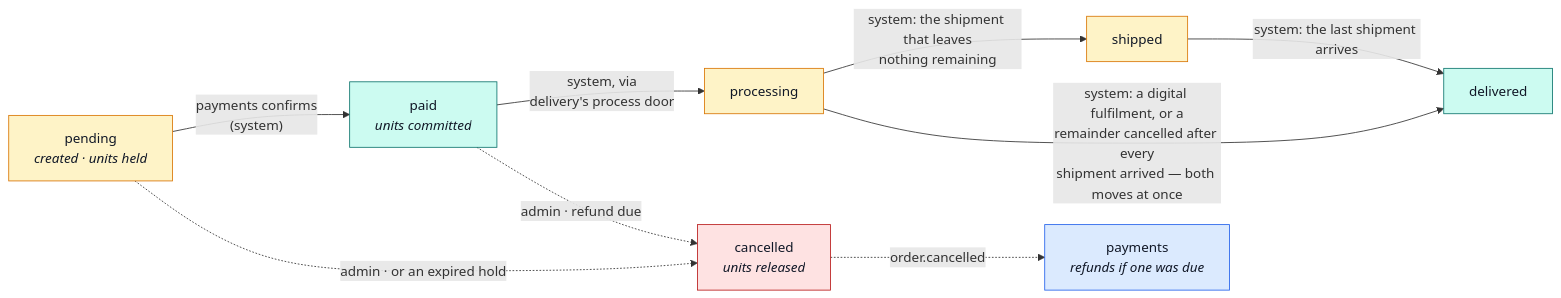
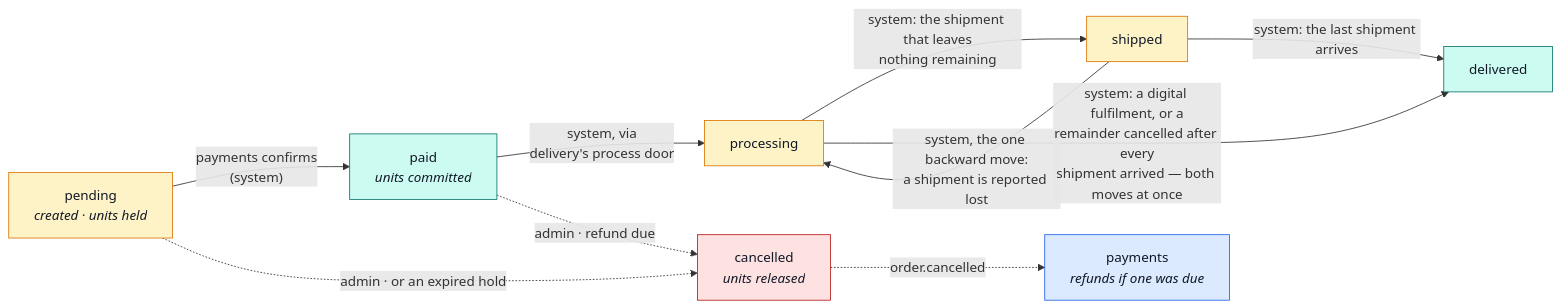
Before and after one commit to Guebbit/boilerplate-node-backend: the fourth of 9 diagrams in docs/modules/orders.md, drawn with Mermaid. The commit also changed other lines of this file and 78 other files, not shown here.

````diff
--- a/docs/modules/orders.md
+++ b/docs/modules/orders.md
@@ -281,21 +281,22 @@
 ```mermaid
 %%{init: {'flowchart': {'nodeSpacing': 30, 'rankSpacing': 55}}}%%
 flowchart LR
     P["pending<br/><i>created · units held</i>"] -->|"payments confirms<br/>(system)"| PA["paid<br/><i>units committed</i>"]
     PA -->|"system, via<br/>delivery's process door"| PR["processing"]
     PR -->|"system: the shipment that leaves<br/>nothing remaining"| SH["shipped"]
     SH -->|"system: the last shipment arrives"| DE["delivered"]
+    SH -->|"system, the one backward move:<br/>a shipment is reported lost"| PR
     PR -->|"system: a digital fulfilment, or a<br/>remainder cancelled after every<br/>shipment arrived — both moves at once"| DE
     P -.->|"admin · or an expired hold"| CA["cancelled<br/><i>units released</i>"]
     PA -.->|"admin · refund due"| CA
     CA -. "order.cancelled" .-> PM["payments<br/><i>refunds if one was due</i>"]
 
     classDef open fill:#fef3c7,stroke:#d97706,color:#111827;
     classDef done fill:#ccfbf1,stroke:#0f766e,color:#111827;
     classDef bad fill:#fee2e2,stroke:#b91c1c,color:#111827;
     classDef peer fill:#dbeafe,stroke:#2563eb,color:#111827;
     class P,PR,SH open;
     class PA,DE done;
     class CA bad;
     class PM peer;
 ```
````
